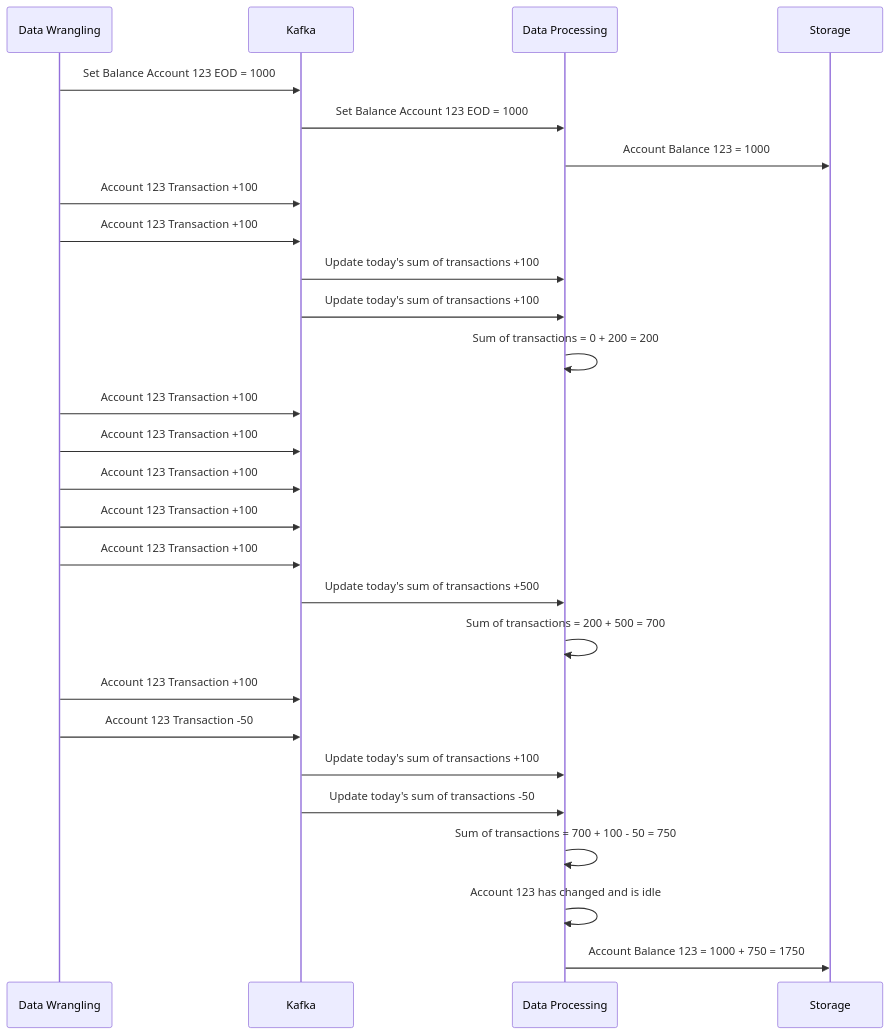
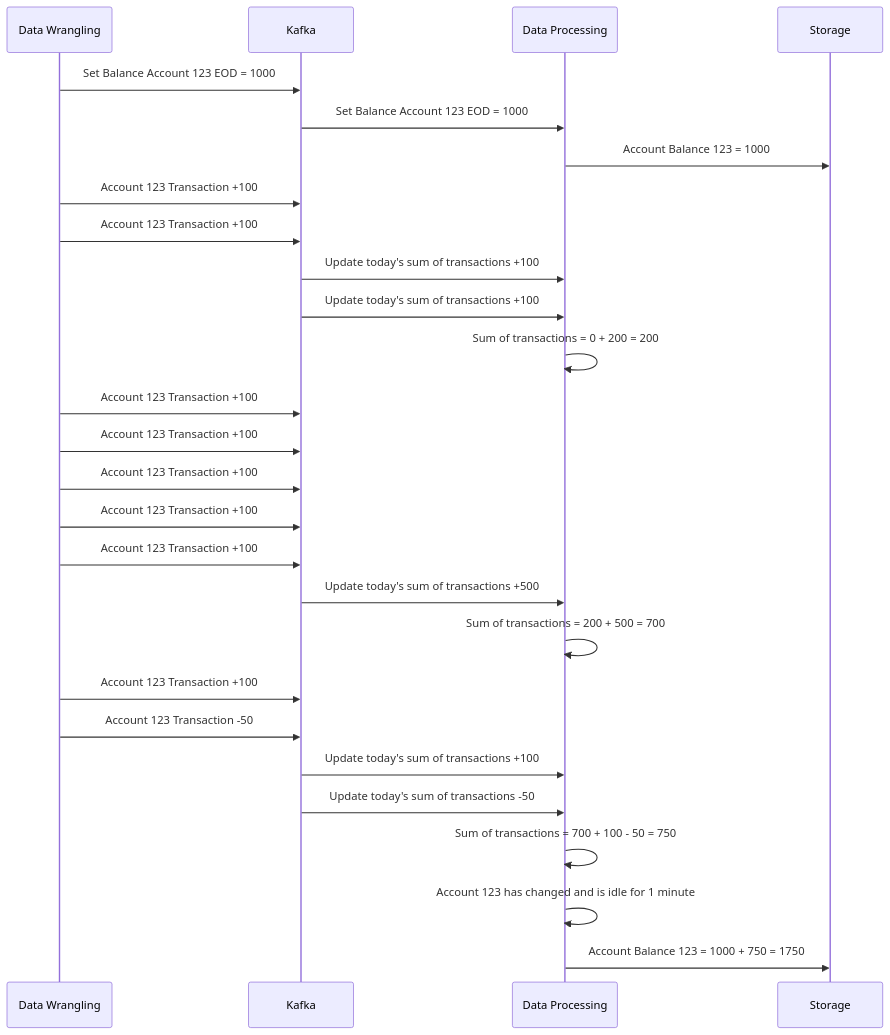
The third of 3 diagrams in README.md (thiagomata/mockbank), drawn with Mermaid before and after one commit. The commit also changed other lines of this file and 1 other file, not shown here.

````diff
--- a/README.md
+++ b/README.md
@@ -151,29 +144,29 @@
 ```mermaid
 sequenceDiagram
     participant Data Wrangling
     participant Kafka
     participant Data Processing
     participant Storage
     Data Wrangling->>Kafka: Set Balance Account 123 EOD = 1000
     Kafka->>Data Processing: Set Balance Account 123 EOD = 1000
     Data Processing->>Storage:Account Balance 123 = 1000
     Data Wrangling->>Kafka:Account 123 Transaction +100
     Data Wrangling->>Kafka:Account 123 Transaction +100
     Kafka->>Data Processing: Update today's sum of transactions +100
     Kafka->>Data Processing: Update today's sum of transactions +100
     Data Processing->>Data Processing: Sum of transactions = 0 + 200 = 200
     Data Wrangling->>Kafka:Account 123 Transaction +100
     Data Wrangling->>Kafka:Account 123 Transaction +100
     Data Wrangling->>Kafka:Account 123 Transaction +100
     Data Wrangling->>Kafka:Account 123 Transaction +100
     Data Wrangling->>Kafka:Account 123 Transaction +100
     Kafka->>Data Processing: Update today's sum of transactions +500
     Data Processing->>Data Processing: Sum of transactions = 200 + 500 = 700
     Data Wrangling->>Kafka:Account 123 Transaction +100
     Data Wrangling->>Kafka:Account 123 Transaction -50
     Kafka->>Data Processing: Update today's sum of transactions +100
     Kafka->>Data Processing: Update today's sum of transactions -50
     Data Processing->>Data Processing: Sum of transactions = 700 + 100 - 50 = 750
-    Data Processing->>Data Processing: Account 123 has changed and is idle
+    Data Processing->>Data Processing: Account 123 has changed and is idle for 1 minute
     Data Processing->>Storage:Account Balance 123 = 1000 + 750 = 1750
 ```
````
